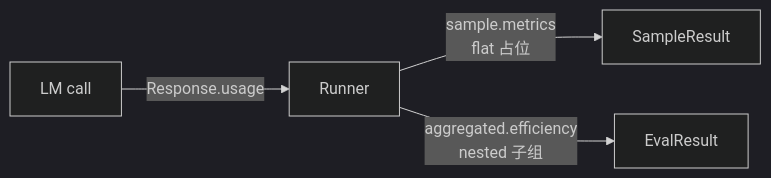
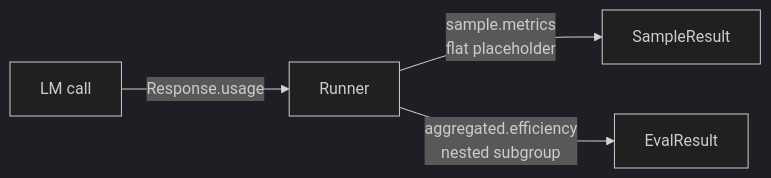
Before and after one commit to AndyUneducated/alchemy: the fifth of 8 diagrams in play/evals/JOURNAL.md, drawn with Mermaid (dark theme). The commit also changed other lines of this file and 197 other files, not shown here.

````diff
--- a/play/evals/JOURNAL.md
+++ b/play/evals/JOURNAL.md
@@ -203,6 +203,6 @@
 ```mermaid
 flowchart LR
     LM[LM call] -->|Response.usage| RN[Runner]
-    RN -->|sample.metrics<br/>flat 占位| SR[SampleResult]
-    RN -->|aggregated.efficiency<br/>nested 子组| AGG[EvalResult]
+    RN -->|sample.metrics<br/>flat placeholder| SR[SampleResult]
+    RN -->|aggregated.efficiency<br/>nested subgroup| AGG[EvalResult]
 ```
````
